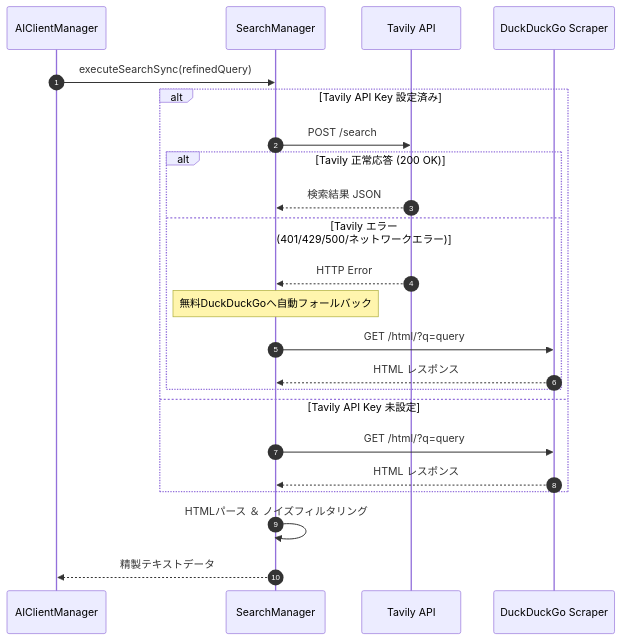
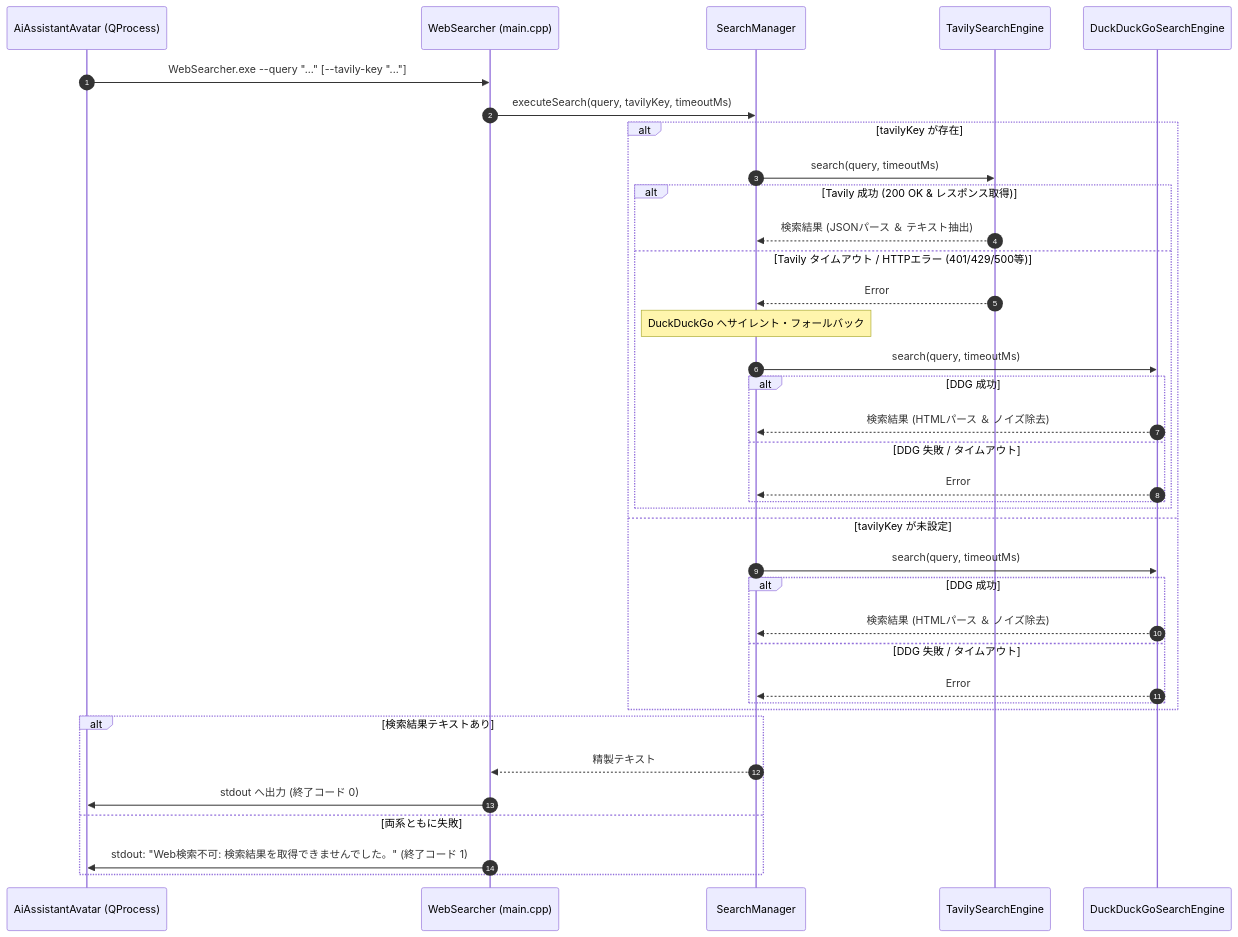
One commit to BLUE000/AiAssistantAvatar changed the diagram in doc/DetailedDesign/Search.md. Above: the diagram before and after it, drawn with Mermaid. The commit also changed other lines of this file and 6 other files, not shown here.

Commit message:
docs: WebSearch コンソールアプリ化 (WebSearcher) および全件リグレッションテスト原則の仕様書・設計書改訂

````diff
--- a/doc/DetailedDesign/Search.md
+++ b/doc/DetailedDesign/Search.md
@@ -15,26 +27,41 @@
 ```mermaid
 sequenceDiagram
     autonumber
-    participant Pipeline as AIClientManager
+    participant MainApp as AiAssistantAvatar (QProcess)
+    participant CLI as WebSearcher (main.cpp)
     participant SM as SearchManager
-    participant Tavily as Tavily API
-    participant DDG as DuckDuckGo Scraper
+    participant Tavily as TavilySearchEngine
+    participant DDG as DuckDuckGoSearchEngine
 
-    Pipeline->>SM: executeSearchSync(refinedQuery)
-    alt Tavily API Key 設定済み
-        SM->>Tavily: POST /search
-        alt Tavily 正常応答 (200 OK)
-            Tavily-->>SM: 検索結果 JSON
-        else Tavily エラー (401/429/500/ネットワークエラー)
-            Tavily-->>SM: HTTP Error
-            Note over SM: 無料DuckDuckGoへ自動フォールバック
-            SM->>DDG: GET /html/?q=query
-            DDG-->>SM: HTML レスポンス
+    MainApp->>CLI: WebSearcher.exe --query "..." [--tavily-key "..."]
+    CLI->>SM: executeSearch(query, tavilyKey, timeoutMs)
+    alt tavilyKey が存在
+        SM->>Tavily: search(query, timeoutMs)
+        alt Tavily 成功 (200 OK & レスポンス取得)
+            Tavily-->>SM: 検索結果 (JSONパース ＆ テキスト抽出)
+        else Tavily タイムアウト / HTTPエラー (401/429/500等)
+            Tavily-->>SM: Error
+            Note over SM: DuckDuckGo へサイレント・フォールバック
+            SM->>DDG: search(query, timeoutMs)
+            alt DDG 成功
+                DDG-->>SM: 検索結果 (HTMLパース ＆ ノイズ除去)
+            else DDG 失敗 / タイムアウト
+                DDG-->>SM: Error
+            end
         end
-    else Tavily API Key 未設定
-        SM->>DDG: GET /html/?q=query
-        DDG-->>SM: HTML レスポンス
+    else tavilyKey が未設定
+        SM->>DDG: search(query, timeoutMs)
+        alt DDG 成功
+            DDG-->>SM: 検索結果 (HTMLパース ＆ ノイズ除去)
+        else DDG 失敗 / タイムアウト
+            DDG-->>SM: Error
+        end
     end
-    SM->>SM: HTMLパース ＆ ノイズフィルタリング
-    SM-->>Pipeline: 精製テキストデータ
+
+    alt 検索結果テキストあり
+        SM-->>CLI: 精製テキスト
+        CLI->>MainApp: stdout へ出力 (終了コード 0)
+    else 両系ともに失敗
+        CLI->>MainApp: stdout: "Web検索不可: 検索結果を取得できませんでした。" (終了コード 1)
+    end
 ```
````
